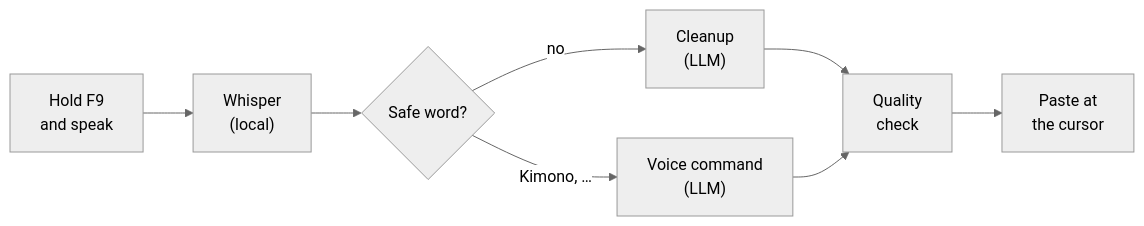
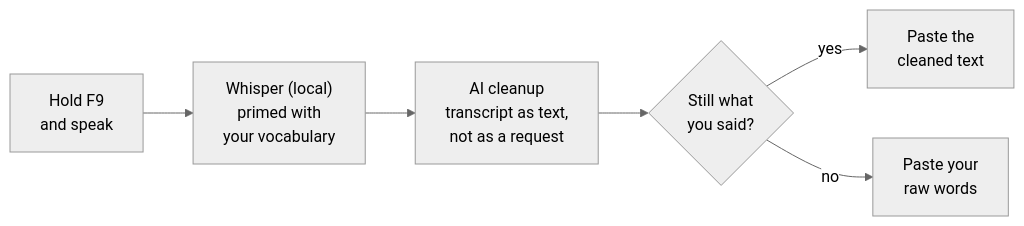
Before and after one commit to FynnXland/fleech: the diagram in README.md, drawn with Mermaid (neutral theme). The commit also changed other lines of this file and 20 other files, not shown here.

````diff
--- a/README.md
+++ b/README.md
@@ -41,10 +58,8 @@
 ```mermaid
 flowchart LR
-    A["Hold F9<br/>and speak"] --> B["Whisper<br/>(local)"]
-    B --> C{"Safe word?"}
-    C -->|no| D["Cleanup<br/>(LLM)"]
-    C -->|"Kimono, …"| E["Voice command<br/>(LLM)"]
-    D --> F["Quality<br/>check"]
-    E --> F
-    F --> G["Paste at<br/>the cursor"]
+    A["Hold F9<br/>and speak"] --> B["Whisper (local)<br/>primed with<br/>your vocabulary"]
+    B --> C["AI cleanup<br/>transcript as text,<br/>not as a request"]
+    C --> D{"Still what<br/>you said?"}
+    D -->|yes| E["Paste the<br/>cleaned text"]
+    D -->|no| F["Paste your<br/>raw words"]
 ```
````
